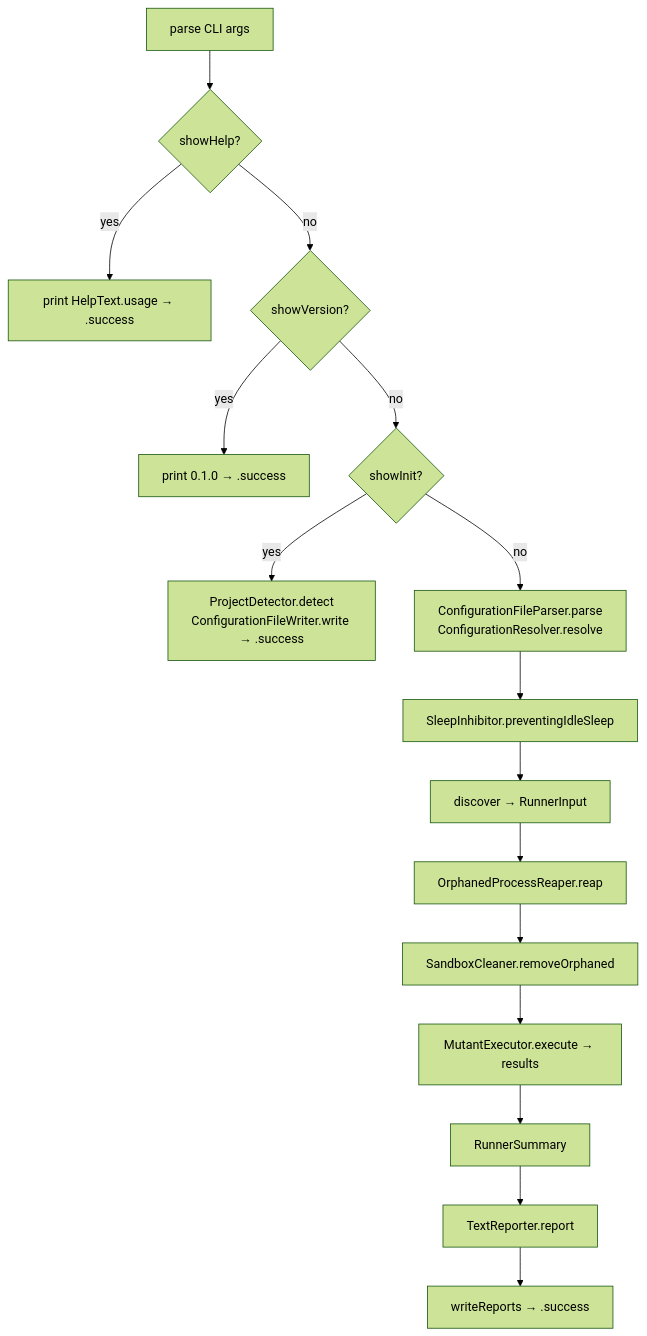
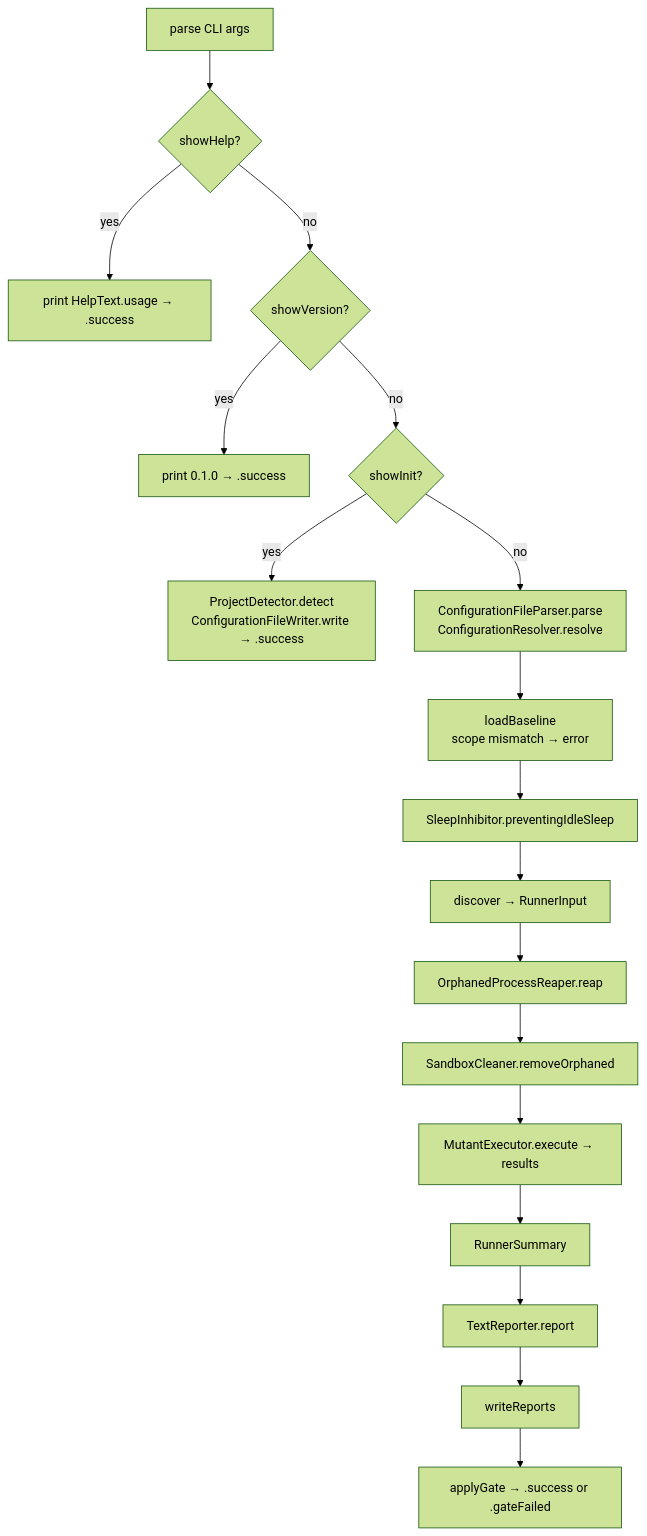
One commit to C24-Bank/swift-mutation-testing changed the diagram in Docs/CodeBase/01-entry-point.md. Above: the diagram before and after it, drawn with Mermaid (forest theme). The commit also changed other lines of this file and 10 other files, not shown here.

Commit message:
docs: document fingerprints and the quality gate in the codebase and architecture reference

````diff
--- a/Docs/CodeBase/01-entry-point.md
+++ b/Docs/CodeBase/01-entry-point.md
@@ -32,18 +34,20 @@
 ```mermaid
 flowchart TD
     A[parse CLI args] --> B{showHelp?}
     B -- yes --> HELP[print HelpText.usage → .success]
     B -- no --> C{showVersion?}
     C -- yes --> VER[print 0.1.0 → .success]
     C -- no --> D{showInit?}
     D -- yes --> INIT[ProjectDetector.detect\nConfigurationFileWriter.write → .success]
     D -- no --> E[ConfigurationFileParser.parse\nConfigurationResolver.resolve]
-    E --> S[SleepInhibitor.preventingIdleSleep]
+    E --> LB[loadBaseline\nscope mismatch → error]
+    LB --> S[SleepInhibitor.preventingIdleSleep]
     S --> F[discover → RunnerInput]
     F --> RP[OrphanedProcessReaper.reap]
     RP --> SW[SandboxCleaner.removeOrphaned]
     SW --> G[MutantExecutor.execute → results]
     G --> H[RunnerSummary]
     H --> I[TextReporter.report]
-    I --> J[writeReports → .success]
+    I --> J[writeReports]
+    J --> K[applyGate → .success or .gateFailed]
 ```
````
